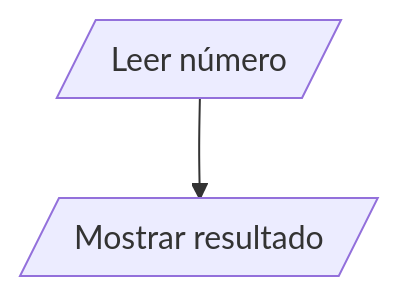
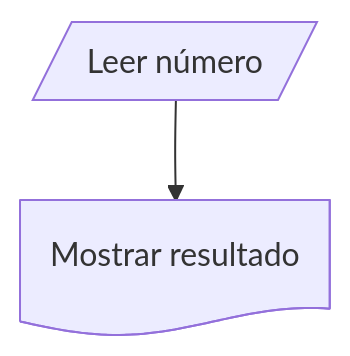
One commit to Abel-DB/Algoritmos-programacion changed the third of 15 diagrams in Tema04_Control/1-instrucciones_control.md. Above: the diagram before and after it, drawn with Mermaid. The commit also changed other lines of this file, not shown here.

```diff
--- a/Tema04_Control/1-instrucciones_control.md
+++ b/Tema04_Control/1-instrucciones_control.md
@@ -69,6 +69,6 @@
 ~~~mermaid
 flowchart TD
-A[/Leer número/]
-B[/Mostrar resultado/]
-A --> B
+A@{ shape: lean-r, label: "Leer número" }
+B@{ shape: doc, label: "Mostrar resultado" }
+A-->B
 ~~~
```
